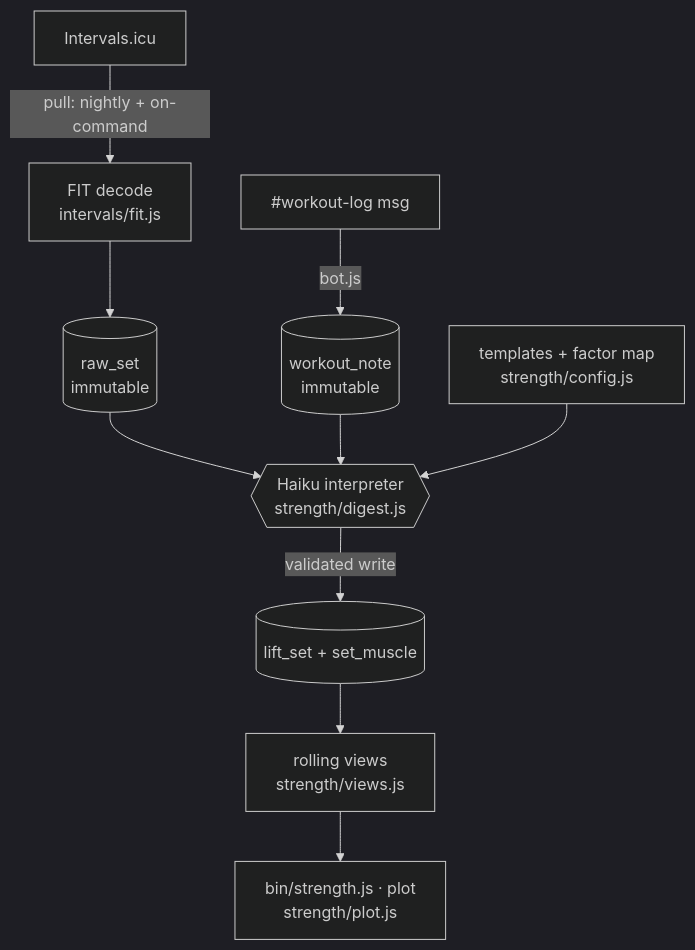
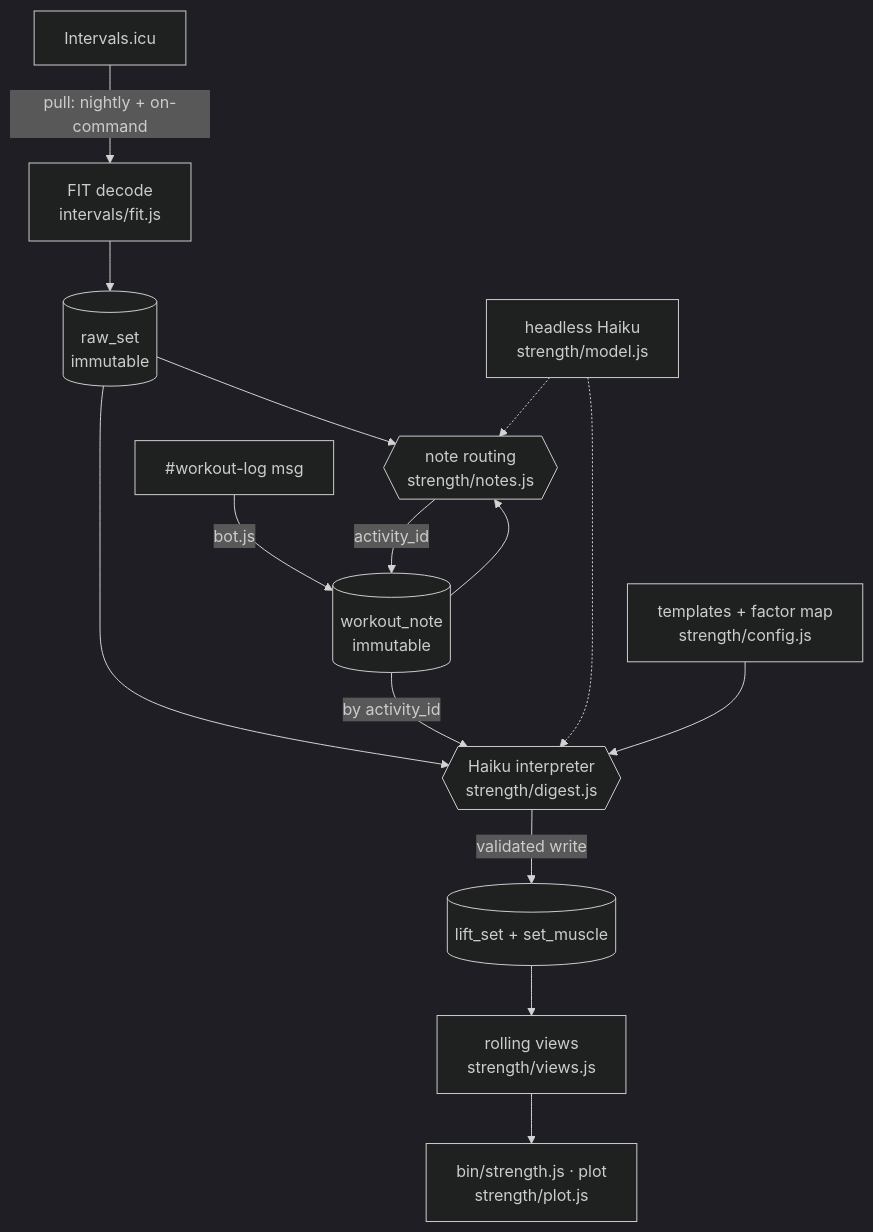
The fifth of 6 diagrams in SYSTEM-MAP.md (KubaJerz/alfred-node), drawn with Mermaid (dark theme) before and after one commit. The commit also changed other lines of this file and 3 other files, not shown here.

````diff
--- a/SYSTEM-MAP.md
+++ b/SYSTEM-MAP.md
@@ -361,12 +361,17 @@
 ```mermaid
 flowchart TD
     ICU["Intervals.icu"] -->|"pull: nightly + on-command"| FITD["FIT decode<br/>intervals/fit.js"]
     FITD --> RAW[("raw_set<br/>immutable")]
     NOTEIN["#workout-log msg"] -->|"bot.js"| NOTE[("workout_note<br/>immutable")]
+    NOTE --> ROUTE{{"note routing<br/>strength/notes.js"}}
+    RAW --> ROUTE
+    ROUTE -->|"activity_id"| NOTE
     RAW --> HAIKU{{"Haiku interpreter<br/>strength/digest.js"}}
-    NOTE --> HAIKU
+    NOTE -->|"by activity_id"| HAIKU
+    MODEL["headless Haiku<br/>strength/model.js"] -.-> ROUTE
+    MODEL -.-> HAIKU
     CFG["templates + factor map<br/>strength/config.js"] --> HAIKU
     HAIKU -->|"validated write"| LIFT[("lift_set + set_muscle")]
     LIFT --> VIEWS["rolling views<br/>strength/views.js"]
     VIEWS --> READ["bin/strength.js · plot<br/>strength/plot.js"]
 ```
````
